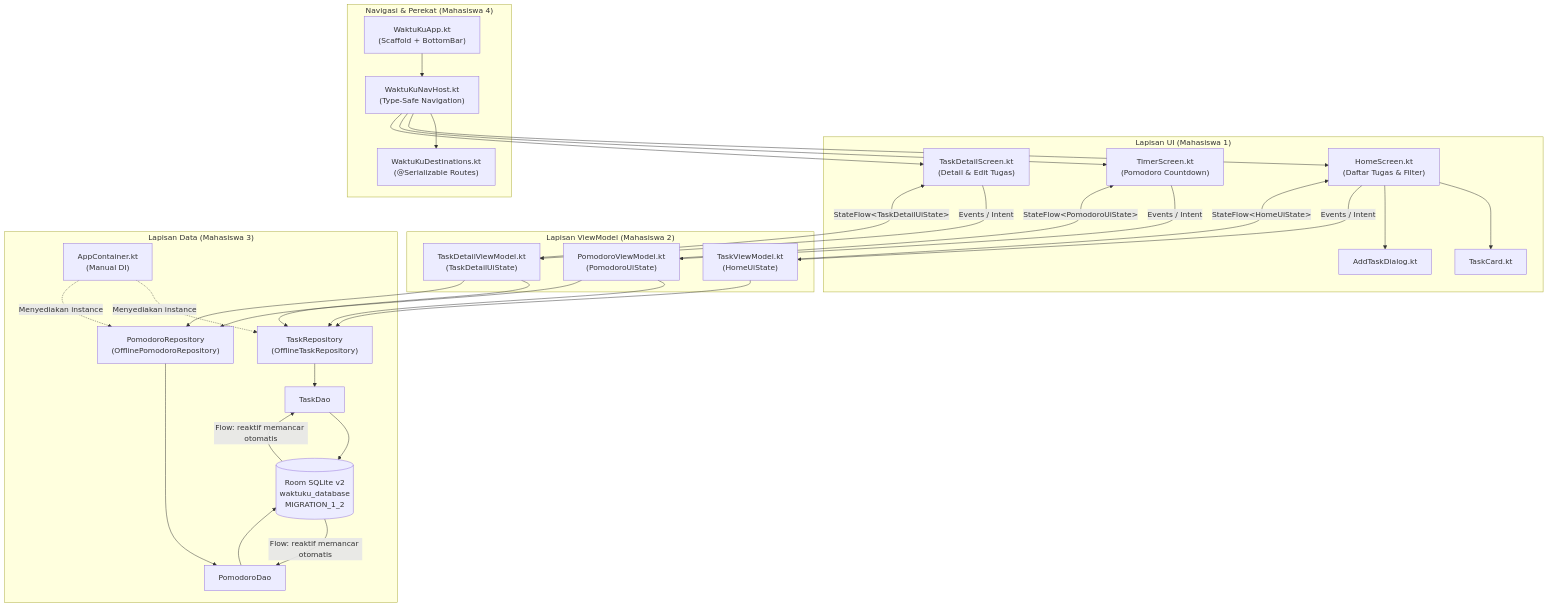
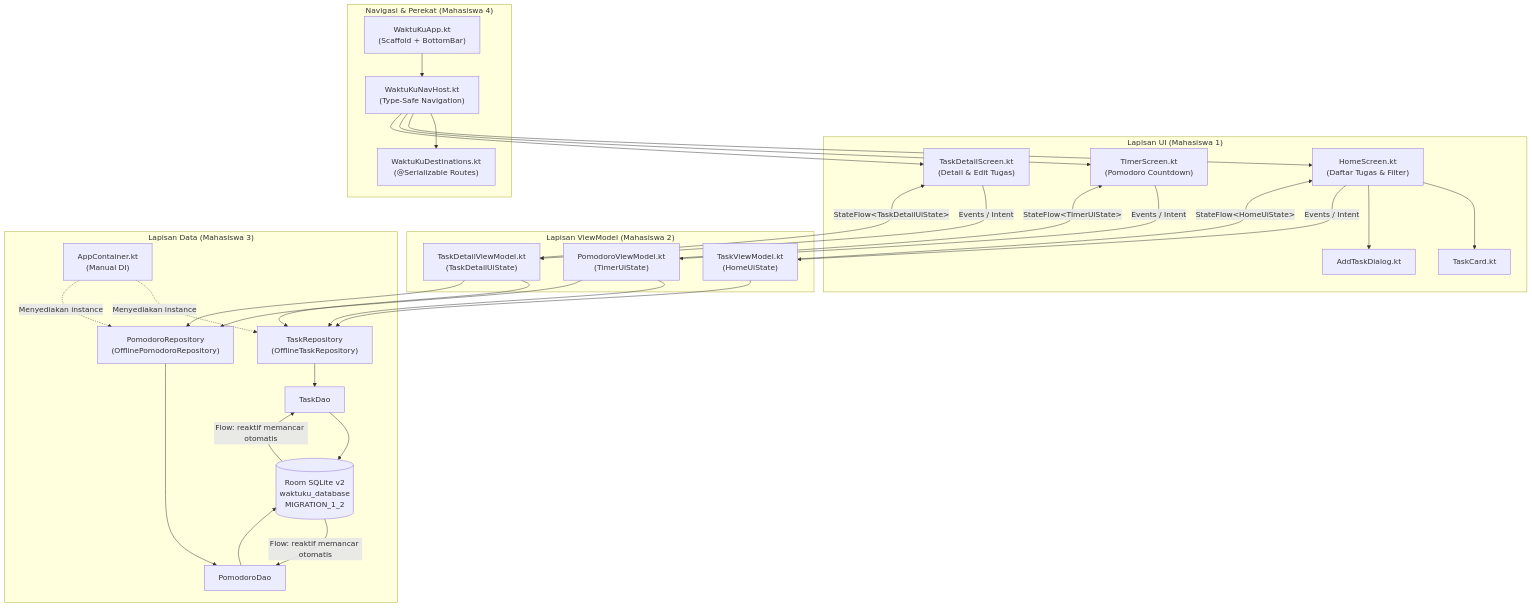
One commit to HafizhRaditya/projek_matakuliah_pemogramanmobile_kel6 changed the first of 2 diagrams in DOKUMENTASI.md. Above: the diagram before and after it, drawn with Mermaid. The commit also changed other lines of this file, not shown here.

````diff
--- a/DOKUMENTASI.md
+++ b/DOKUMENTASI.md
@@ -108,63 +107,63 @@
 ```mermaid
 flowchart TD
     subgraph UI["Lapisan UI (Mahasiswa 1)"]
         HS["HomeScreen.kt<br/>(Daftar Tugas & Filter)"]
         TS["TimerScreen.kt<br/>(Pomodoro Countdown)"]
         TDS["TaskDetailScreen.kt<br/>(Detail & Edit Tugas)"]
         TC["TaskCard.kt"]
         ATD["AddTaskDialog.kt"]
     end
 
     subgraph NAV["Navigasi & Perekat (Mahasiswa 4)"]
         APP["WaktuKuApp.kt<br/>(Scaffold + BottomBar)"]
         HOST["WaktuKuNavHost.kt<br/>(Type-Safe Navigation)"]
         DEST["WaktuKuDestinations.kt<br/>(@Serializable Routes)"]
     end
 
     subgraph VM["Lapisan ViewModel (Mahasiswa 2)"]
         TVM["TaskViewModel.kt<br/>(HomeUiState)"]
-        PVM["PomodoroViewModel.kt<br/>(PomodoroUiState)"]
+        PVM["PomodoroViewModel.kt<br/>(TimerUiState)"]
         TDVM["TaskDetailViewModel.kt<br/>(TaskDetailUiState)"]
     end
 
     subgraph DATA["Lapisan Data (Mahasiswa 3)"]
         TREPO["TaskRepository<br/>(OfflineTaskRepository)"]
         PREPO["PomodoroRepository<br/>(OfflinePomodoroRepository)"]
         TDAO["TaskDao"]
         PDAO["PomodoroDao"]
         DB[("Room SQLite v2<br/>waktuku_database<br/>MIGRATION_1_2")]
         DI["AppContainer.kt<br/>(Manual DI)"]
     end
 
     APP --> HOST
     HOST --> DEST
     HOST --> HS
     HOST --> TS
     HOST --> TDS
 
     HS --> TC
     HS --> ATD
 
     HS -->|"Events / Intent"| TVM
     TS -->|"Events / Intent"| PVM
     TDS -->|"Events / Intent"| TDVM
 
     TVM -->|"StateFlow&lt;HomeUiState&gt;"| HS
-    PVM -->|"StateFlow&lt;PomodoroUiState&gt;"| TS
+    PVM -->|"StateFlow&lt;TimerUiState&gt;"| TS
     TDVM -->|"StateFlow&lt;TaskDetailUiState&gt;"| TDS
 
     TVM --> TREPO
     PVM --> TREPO
     PVM --> PREPO
     TDVM --> TREPO
     TDVM --> PREPO
 
     TREPO --> TDAO
     PREPO --> PDAO
     TDAO --> DB
     PDAO --> DB
     DB -->|"Flow: reaktif memancar otomatis"| TDAO
     DB -->|"Flow: reaktif memancar otomatis"| PDAO
     DI -.->|"Menyediakan instance"| TREPO
     DI -.->|"Menyediakan instance"| PREPO
 ```
````
